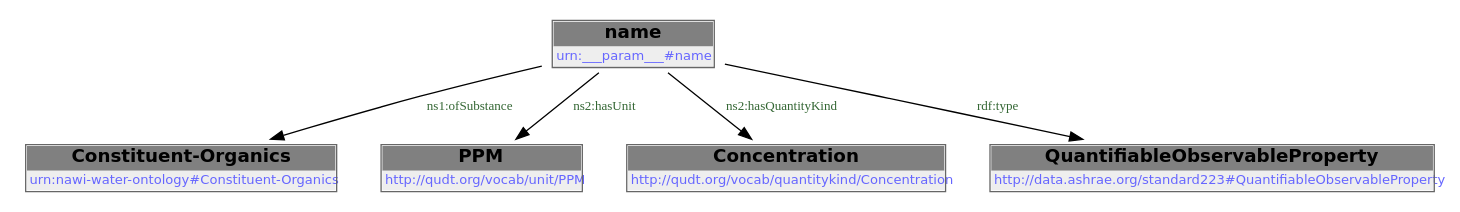
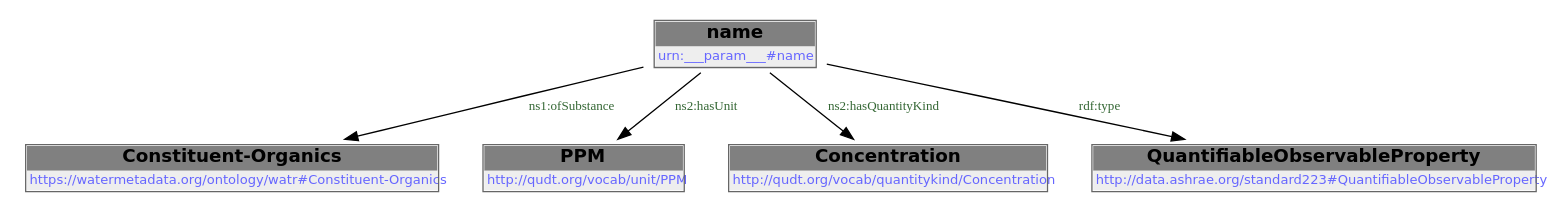
Before and after one commit to DataDrivenCPS/water-ontology: the second of 2 diagrams in docs/libraries/templates/toc-ppm.rst, drawn with Graphviz. The commit also changed other lines of this file and 43 other files, not shown here.

First line of the commit message:
feat: move ontology to https://watermetadata.org base URI

```diff
--- a/docs/libraries/templates/toc-ppm.rst
+++ b/docs/libraries/templates/toc-ppm.rst
@@ -81,14 +81,14 @@
         .. graphviz::
 
                 digraph G {
             node [fontname="DejaVu Sans"];
             node0 -> node1 [color=BLACK, label=< <font point-size='10' color='#336633'>ns1:ofSubstance</font> >];
             node0 -> node2 [color=BLACK, label=< <font point-size='10' color='#336633'>ns2:hasUnit</font> >];
             node0 -> node3 [color=BLACK, label=< <font point-size='10' color='#336633'>ns2:hasQuantityKind</font> >];
             node0 -> node4 [color=BLACK, label=< <font point-size='10' color='#336633'>rdf:type</font> >];
             node0 [shape=none, color=black, label=< <table color='#666666' cellborder='0' cellspacing='0' border='1'><tr><td colspan='2' bgcolor='grey'><B>name</B></td></tr><tr><td href='urn:___param___#name' bgcolor='#eeeeee' colspan='2'><font point-size='10' color='#6666ff'>urn:___param___#name</font></td></tr></table> >];
-            node1 [shape=none, color=black, label=< <table color='#666666' cellborder='0' cellspacing='0' border='1'><tr><td colspan='2' bgcolor='grey'><B>Constituent-Organics</B></td></tr><tr><td href='urn:nawi-water-ontology#Constituent-Organics' bgcolor='#eeeeee' colspan='2'><font point-size='10' color='#6666ff'>urn:nawi-water-ontology#Constituent-Organics</font></td></tr></table> >];
+            node1 [shape=none, color=black, label=< <table color='#666666' cellborder='0' cellspacing='0' border='1'><tr><td colspan='2' bgcolor='grey'><B>Constituent-Organics</B></td></tr><tr><td href='https://watermetadata.org/ontology/watr#Constituent-Organics' bgcolor='#eeeeee' colspan='2'><font point-size='10' color='#6666ff'>https://watermetadata.org/ontology/watr#Constituent-Organics</font></td></tr></table> >];
             node2 [shape=none, color=black, label=< <table color='#666666' cellborder='0' cellspacing='0' border='1'><tr><td colspan='2' bgcolor='grey'><B>PPM</B></td></tr><tr><td href='http://qudt.org/vocab/unit/PPM' bgcolor='#eeeeee' colspan='2'><font point-size='10' color='#6666ff'>http://qudt.org/vocab/unit/PPM</font></td></tr></table> >];
             node3 [shape=none, color=black, label=< <table color='#666666' cellborder='0' cellspacing='0' border='1'><tr><td colspan='2' bgcolor='grey'><B>Concentration</B></td></tr><tr><td href='http://qudt.org/vocab/quantitykind/Concentration' bgcolor='#eeeeee' colspan='2'><font point-size='10' color='#6666ff'>http://qudt.org/vocab/quantitykind/Concentration</font></td></tr></table> >];
             node4 [shape=none, color=black, label=< <table color='#666666' cellborder='0' cellspacing='0' border='1'><tr><td colspan='2' bgcolor='grey'><B>QuantifiableObservableProperty</B></td></tr><tr><td href='http://data.ashrae.org/standard223#QuantifiableObservableProperty' bgcolor='#eeeeee' colspan='2'><font point-size='10' color='#6666ff'>http://data.ashrae.org/standard223#QuantifiableObservableProperty</font></td></tr></table> >];
             }
```
